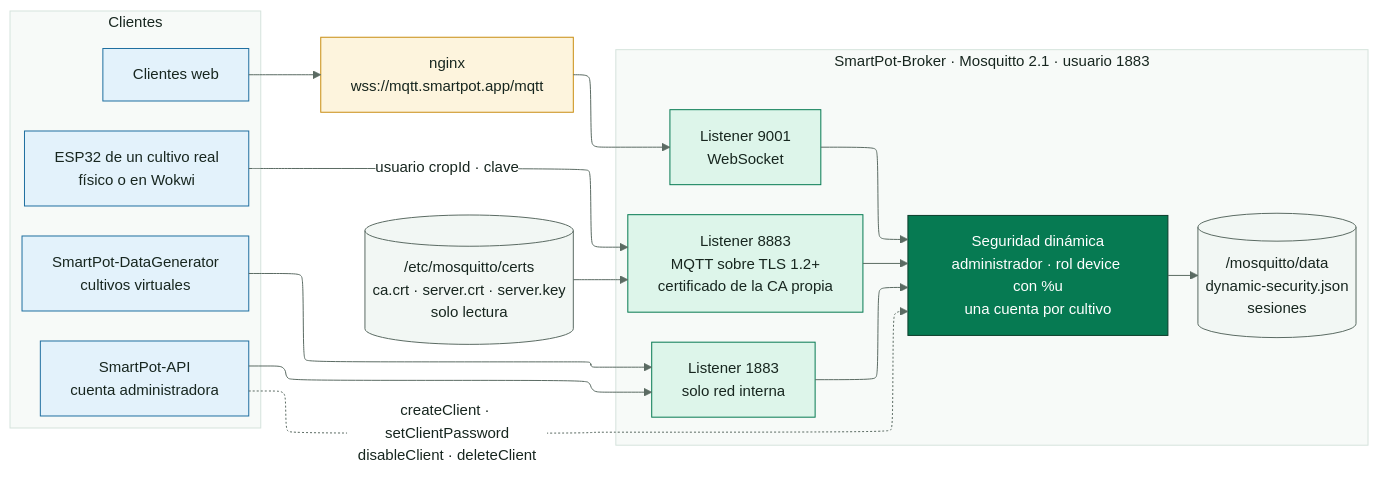
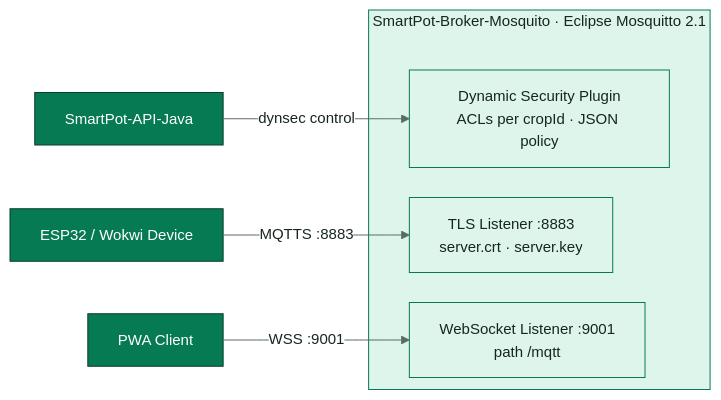
The first of 3 diagrams in docs/SmartPot_Broker_Documentation.md (SmartPotTech/SmartPot-Broker-Mosquito), drawn with Mermaid before and after one commit. The commit also changed other lines of this file and 12 other files, not shown here.

Commit message:
docs(specs): standardize legacy english documentation, notices, diagrams, and manuals

````diff
--- a/docs/SmartPot_Broker_Documentation.md
+++ b/docs/SmartPot_Broker_Documentation.md
@@ -43,40 +43,20 @@
 ```mermaid
 %%{init: {"theme": "base", "fontFamily": "Segoe UI, Arial, sans-serif", "themeVariables": {"fontFamily": "Segoe UI, Arial, sans-serif", "fontSize": "15px", "primaryColor": "#DDF5EA", "primaryTextColor": "#17261F", "primaryBorderColor": "#067A52", "secondaryColor": "#E3F2FB", "secondaryTextColor": "#17261F", "secondaryBorderColor": "#1F6FA0", "tertiaryColor": "#F2F7F4", "tertiaryTextColor": "#17261F", "tertiaryBorderColor": "#D5E3DC", "lineColor": "#5B6B63", "textColor": "#17261F", "mainBkg": "#DDF5EA", "nodeBorder": "#067A52", "clusterBkg": "#F7FAF8", "clusterBorder": "#D5E3DC", "edgeLabelBackground": "#FFFFFF", "actorBkg": "#067A52", "actorBorder": "#0B3D2B", "actorTextColor": "#FFFFFF", "actorLineColor": "#5B6B63", "signalColor": "#17261F", "signalTextColor": "#17261F", "labelBoxBkgColor": "#0B3D2B", "labelBoxBorderColor": "#0B3D2B", "labelTextColor": "#FFFFFF", "loopTextColor": "#0B3D2B", "noteBkgColor": "#FDF4DD", "noteBorderColor": "#C98D12", "noteTextColor": "#17261F", "activationBkgColor": "#DDF5EA", "activationBorderColor": "#067A52", "attributeBackgroundColorOdd": "#FFFFFF", "attributeBackgroundColorEven": "#F2F7F4"}, "layout": "elk", "elk": {"nodePlacementStrategy": "BRANDES_KOEPF", "mergeEdges": false, "cycleBreakingStrategy": "GREEDY"}}}%%
 flowchart LR
-  subgraph clientes["Clientes"]
+  subgraph broker["SmartPot-Broker-Mosquito · Eclipse Mosquitto 2.1"]
     direction TB
-    esp["ESP32 de un cultivo real<br/>físico o en Wokwi"]
-    web["Clientes web"]
-    api["SmartPot-API<br/>cuenta administradora"]
-    sim["SmartPot-DataGenerator<br/>cultivos virtuales"]
+    tls["TLS Listener :8883<br/>server.crt · server.key"]
+    ws["WebSocket Listener :9001<br/>path /mqtt"]
+    dynsec["Dynamic Security Plugin<br/>ACLs per cropId · JSON policy"]
   end
-  nginx["nginx<br/>wss://mqtt.smartpot.app/mqtt"]
-  subgraph broker["SmartPot-Broker · Mosquitto 2.1 · usuario 1883"]
-    direction TB
-    tls["Listener 8883<br/>MQTT sobre TLS 1.2+<br/>certificado de la CA propia"]
-    ws["Listener 9001<br/>WebSocket"]
-    internal["Listener 1883<br/>solo red interna"]
-    dynsec["Seguridad dinámica<br/>administrador · rol device con %u<br/>una cuenta por cultivo"]
-    data[("/mosquitto/data<br/>dynamic-security.json<br/>sesiones")]
-  end
-  certs[("/etc/mosquitto/certs<br/>ca.crt · server.crt · server.key<br/>solo lectura")]
-  esp -->|"usuario cropId · clave"| tls
-  web --> nginx --> ws
-  api --> internal
-  sim --> internal
-  tls & ws & internal --> dynsec --> data
-  certs --> tls
-  api -.->|"createClient · setClientPassword<br/>disableClient · deleteClient"| dynsec
+  api["SmartPot-API-Java"]
+  device["ESP32 / Wokwi Device"]
+  web["PWA Client"]
+  device -->|"MQTTS :8883"| tls
+  web -->|"WSS :9001"| ws
+  api -->|"dynsec control"| dynsec
+  classDef core fill:#067A52,stroke:#0B3D2B,color:#FFFFFF
   classDef leaf fill:#DDF5EA,stroke:#067A52,color:#17261F
-  classDef water fill:#E3F2FB,stroke:#1F6FA0,color:#17261F
-  classDef sun fill:#FDF4DD,stroke:#C98D12,color:#17261F
-  classDef clay fill:#FBE9E1,stroke:#B85A38,color:#17261F
-  classDef core fill:#067A52,stroke:#0B3D2B,color:#FFFFFF
-  classDef deep fill:#0B3D2B,stroke:#06281C,color:#FFFFFF
-  classDef muted fill:#F2F7F4,stroke:#5B6B63,color:#17261F
-  class esp,web,api,sim water
-  class nginx sun
-  class tls,ws,internal leaf
-  class dynsec core
-  class data,certs muted
+  class broker,tls,ws,dynsec leaf
+  class api,device,web core
 ```
````
